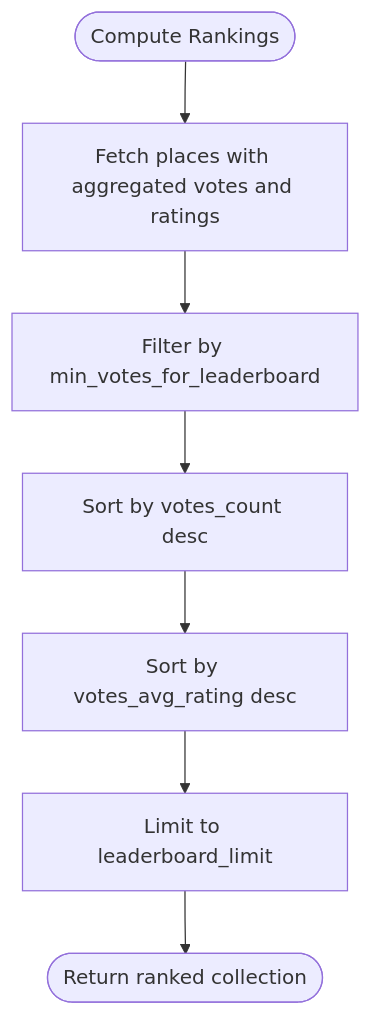
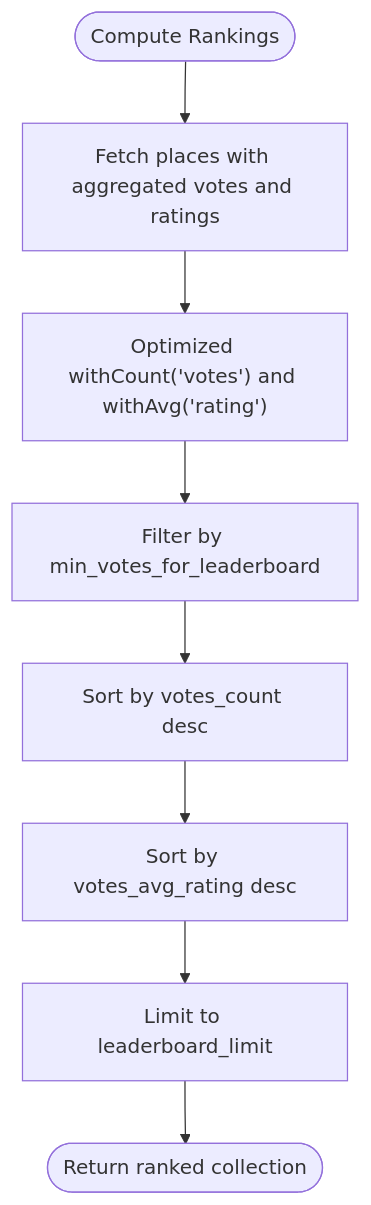
The fourth of 7 diagrams in .qoder/repowiki/en/content/Business Modules/PlacesToVisit Module/Leaderboard and Ranking System.md (Hamdies/waddy_back), drawn with Mermaid before and after one commit. The commit also changed other lines of this file and 4 other files, not shown here.

````diff
--- a/.qoder/repowiki/en/content/Business Modules/PlacesToVisit Module/Leaderboard and Ranking System.md
+++ b/.qoder/repowiki/en/content/Business Modules/PlacesToVisit Module/Leaderboard and Ranking System.md
@@ -219,9 +236,10 @@
 ```mermaid
 flowchart TD
 Start(["Compute Rankings"]) --> Fetch["Fetch places with aggregated votes and ratings"]
-Fetch --> FilterMin["Filter by min_votes_for_leaderboard"]
+Fetch --> Optimize["Optimized withCount('votes') and withAvg('rating')"]
+Optimize --> FilterMin["Filter by min_votes_for_leaderboard"]
 FilterMin --> SortPrimary["Sort by votes_count desc"]
 SortPrimary --> SortSecondary["Sort by votes_avg_rating desc"]
 SortSecondary --> Limit["Limit to leaderboard_limit"]
 Limit --> Return(["Return ranked collection"])
 ```
````
